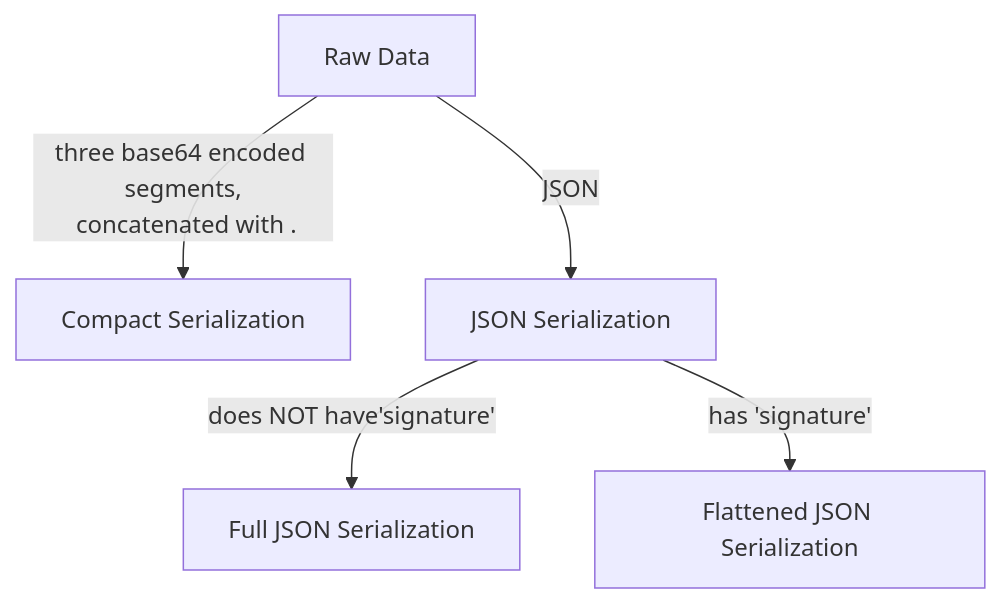
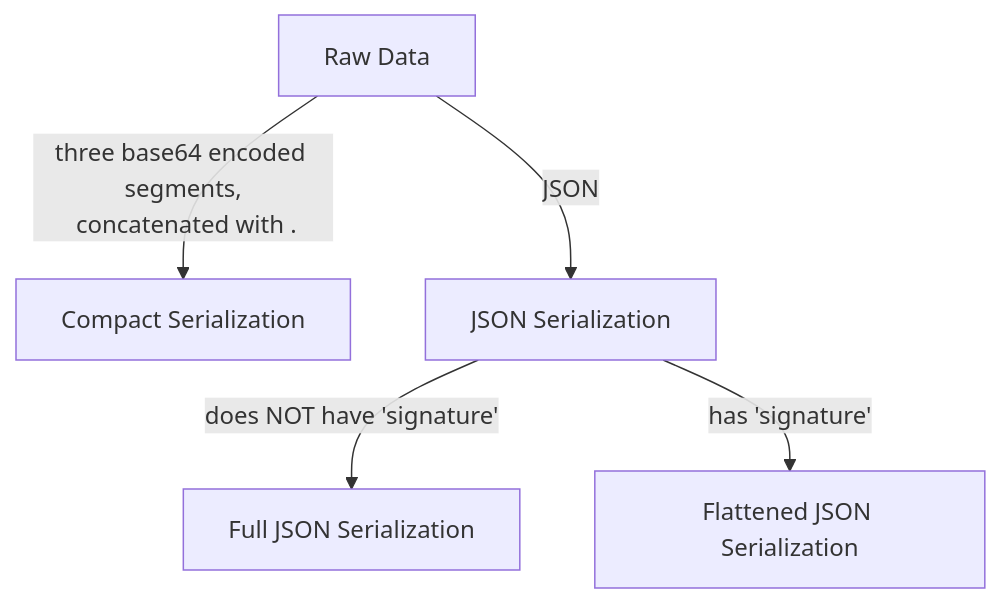
Before and after one commit to lestrrat-go/jwx: the diagram in docs/00-anatomy.md, drawn with Mermaid. The commit also changed other lines of this file and 70 other files, not shown here.

````diff
--- a/docs/00-anatomy.md
+++ b/docs/00-anatomy.md
@@ -55,7 +55,7 @@
 ```mermaid
 graph TD
     RawData[Raw Data] --> |"three base64 encoded segments,<br/> concatenated with ."| Compact[Compact Serialization]
     RawData --> | JSON | JSON[JSON Serialization]
-    JSON --> |"does NOT have'signature'"| FullJSON[Full JSON Serialization]
+    JSON --> |"does NOT have 'signature'"| FullJSON[Full JSON Serialization]
     JSON --> |"has 'signature'"| Flat[Flattened JSON Serialization]
 ```
````
